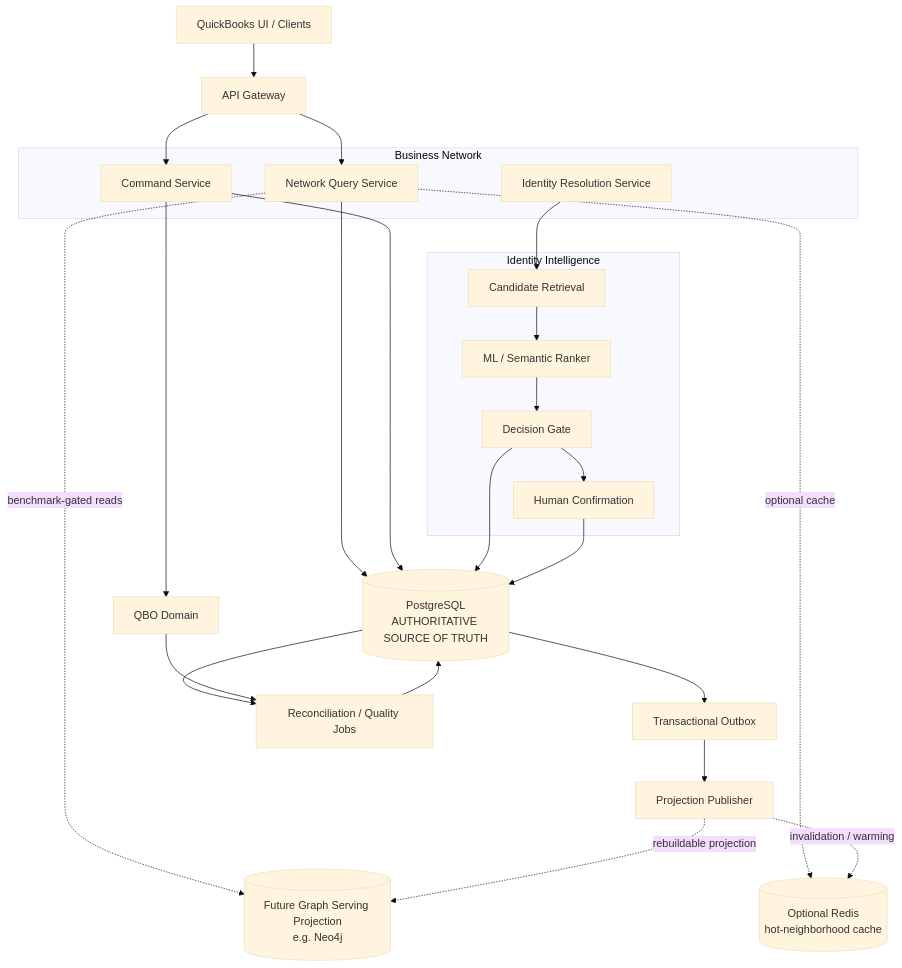
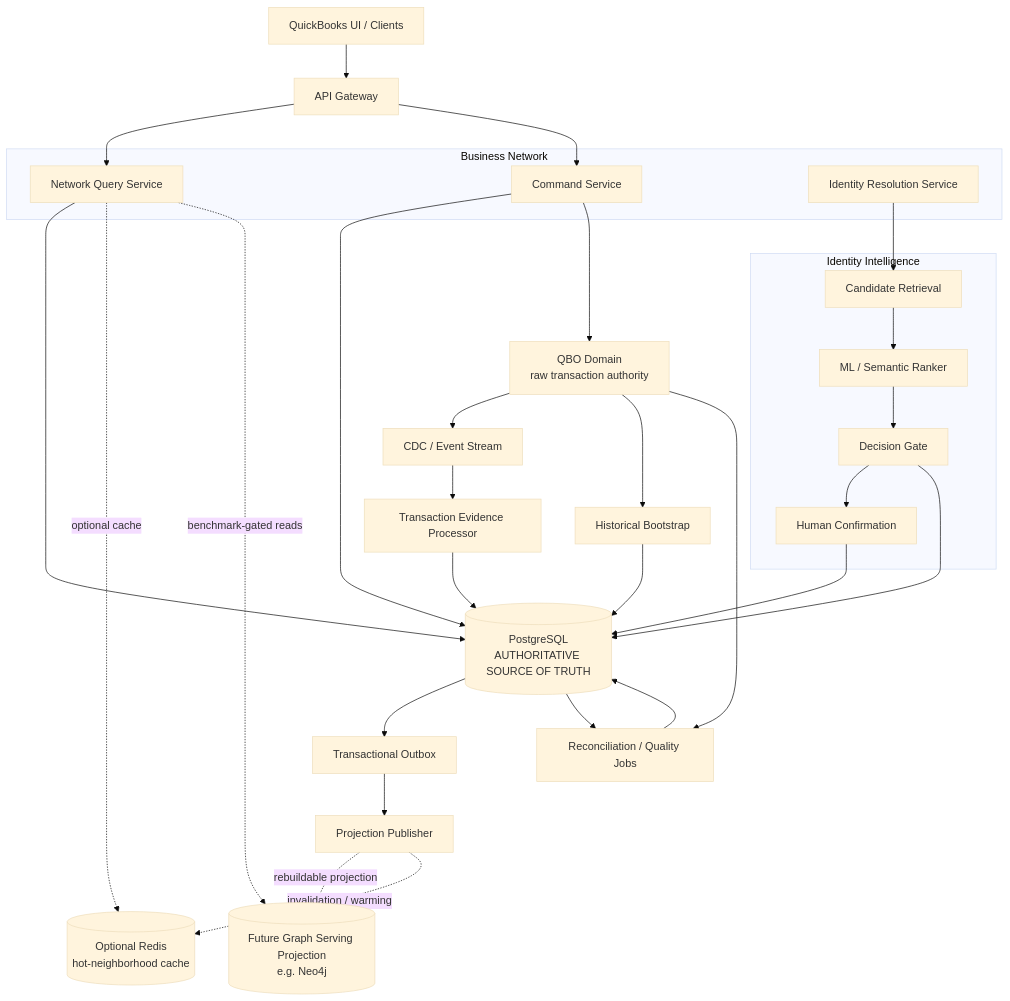
Before and after one commit to goutam-git/quickbooks-business-network-design: the ninth of 9 diagrams in README.md, drawn with Mermaid (base theme). The commit also changed other lines of this file, not shown here.

Commit message:
Add scalable transaction evidence ingestion design

````diff
--- a/README.md
+++ b/README.md
@@ -1089,52 +1201,57 @@
 ``` mermaid
 flowchart TB
     UI["QuickBooks UI / Clients"]
     GW["API Gateway"]
 
     subgraph SVC["Business Network"]
         QS["Network Query Service"]
         CS["Command Service"]
         IRS["Identity Resolution Service"]
     end
 
     PG[("PostgreSQL<br/>AUTHORITATIVE SOURCE OF TRUTH")]
     OUT["Transactional Outbox"]
     PUB["Projection Publisher"]
 
     REDIS[("Optional Redis<br/>hot-neighborhood cache")]
     GRAPH[("Future Graph Serving Projection<br/>e.g. Neo4j")]
 
     subgraph AI["Identity Intelligence"]
         RET["Candidate Retrieval"]
         RANK["ML / Semantic Ranker"]
         GATE["Decision Gate"]
         HUMAN["Human Confirmation"]
     end
 
-    QBO["QBO Domain"]
+    QBO["QBO Domain<br/>raw transaction authority"]
+    EV["CDC / Event Stream"]
+    EP["Transaction Evidence Processor"]
+    HB["Historical Bootstrap"]
     REC["Reconciliation / Quality Jobs"]
 
     UI --> GW
     GW --> QS
     GW --> CS
 
     QS --> PG
     QS -. optional cache .-> REDIS
     QS -. benchmark-gated reads .-> GRAPH
 
     CS --> PG
     CS --> QBO
+    QBO --> EV --> EP --> PG
+    QBO --> HB --> PG
 
     IRS --> RET --> RANK --> GATE
     GATE --> HUMAN
     GATE --> PG
     HUMAN --> PG
 
     PG --> OUT --> PUB
     PUB -. rebuildable projection .-> GRAPH
     PUB -. invalidation / warming .-> REDIS
 
     PG --> REC
     QBO --> REC
     REC --> PG
 ```
````
